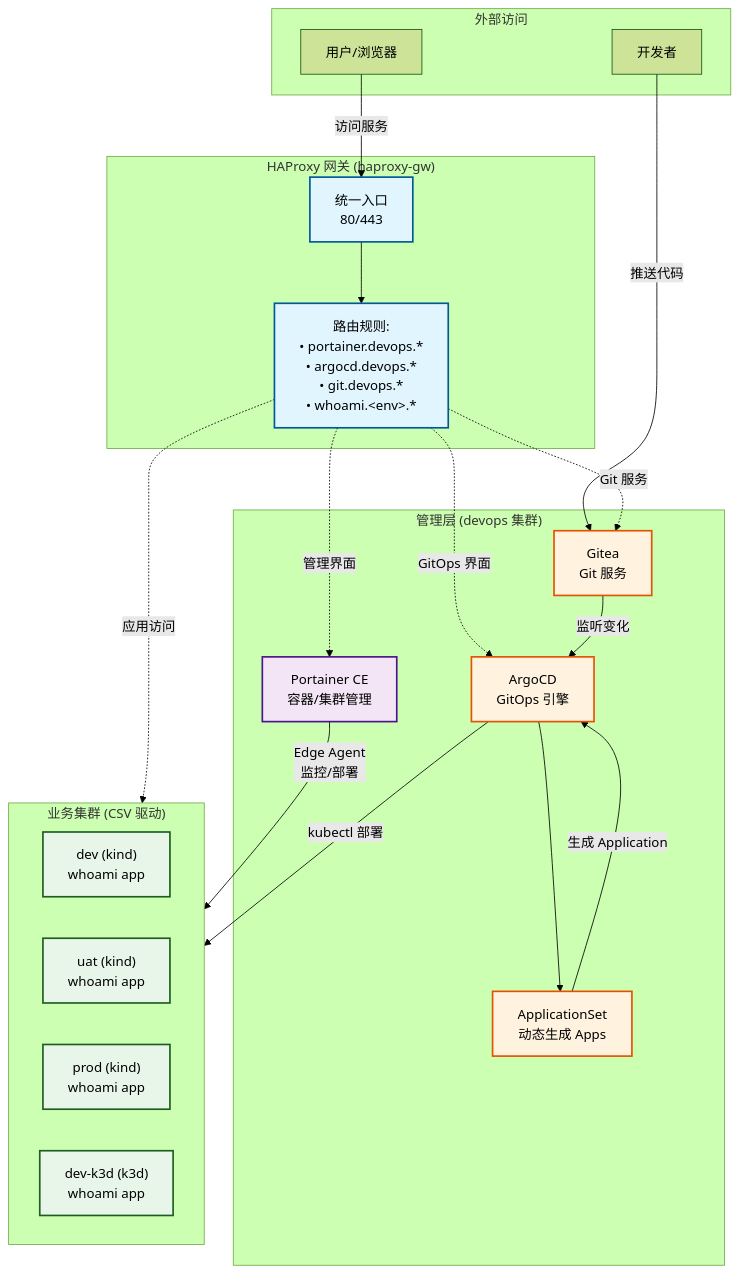
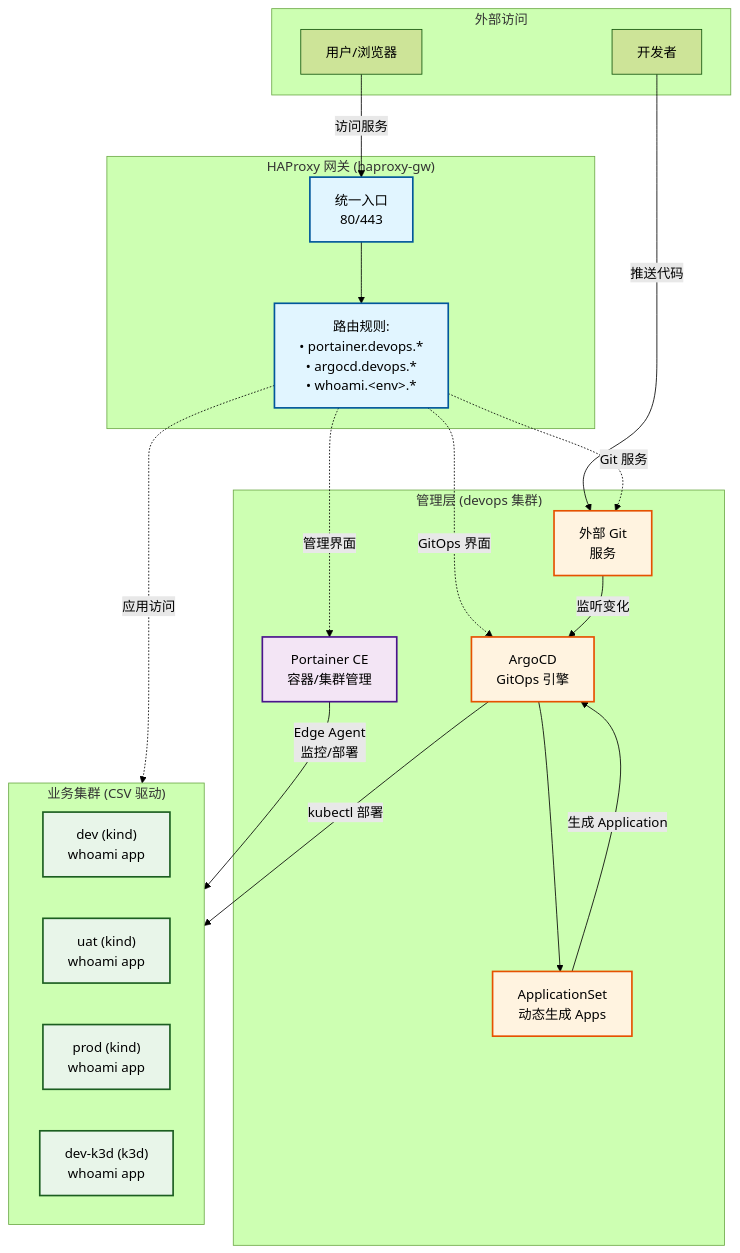
Before and after one commit to HofmannHe/Kindler: the first of 2 diagrams in README_CN.md, drawn with Mermaid (forest theme). The commit also changed other lines of this file and 46 other files, not shown here.

````diff
--- a/README_CN.md
+++ b/README_CN.md
@@ -23,52 +24,52 @@
 ```mermaid
 graph TB
     subgraph External["外部访问"]
         USER[用户/浏览器]
         DEV[开发者]
     end
 
     subgraph Gateway["HAProxy 网关 (haproxy-gw)"]
         HAP[统一入口<br/>80/443]
-        ROUTES["路由规则:<br/>• portainer.devops.*<br/>• argocd.devops.*<br/>• git.devops.*<br/>• whoami.&lt;env&gt;.*"]
+        ROUTES["路由规则:<br/>• portainer.devops.*<br/>• argocd.devops.*<br/>• whoami.&lt;env&gt;.*"]
     end
 
     subgraph Management["管理层 (devops 集群)"]
         PORT[Portainer CE<br/>容器/集群管理]
-        GITEA[Gitea<br/>Git 服务]
+        GITSVC[外部 Git<br/>服务]
         ARGOCD[ArgoCD<br/>GitOps 引擎]
         APPSET[ApplicationSet<br/>动态生成 Apps]
     end
 
     subgraph Business["业务集群 (CSV 驱动)"]
         ENV1["dev (kind)<br/>whoami app"]
         ENV2["uat (kind)<br/>whoami app"]
         ENV3["prod (kind)<br/>whoami app"]
         ENV4["dev-k3d (k3d)<br/>whoami app"]
     end
 
     USER -->|访问服务| HAP
-    DEV -->|推送代码| GITEA
+    DEV -->|推送代码| GITSVC
 
     HAP --> ROUTES
     ROUTES -.->|管理界面| PORT
     ROUTES -.->|GitOps 界面| ARGOCD
-    ROUTES -.->|Git 服务| GITEA
+    ROUTES -.->|Git 服务| GITSVC
     ROUTES -.->|应用访问| Business
 
     PORT -->|Edge Agent<br/>监控/部署| Business
 
-    GITEA -->|监听变化| ARGOCD
+    GITSVC -->|监听变化| ARGOCD
     ARGOCD --> APPSET
     APPSET -->|生成 Application| ARGOCD
     ARGOCD -->|kubectl 部署| Business
 
     classDef gateway fill:#e1f5ff,stroke:#01579b,stroke-width:2px
     classDef management fill:#f3e5f5,stroke:#4a148c,stroke-width:2px
     classDef business fill:#e8f5e9,stroke:#1b5e20,stroke-width:2px
     classDef gitops fill:#fff3e0,stroke:#e65100,stroke-width:2px
 
     class HAP,ROUTES gateway
     class PORT management
-    class GITEA,ARGOCD,APPSET gitops
+    class GITSVC,ARGOCD,APPSET gitops
     class ENV1,ENV2,ENV3,ENV4 business
 ```
````
